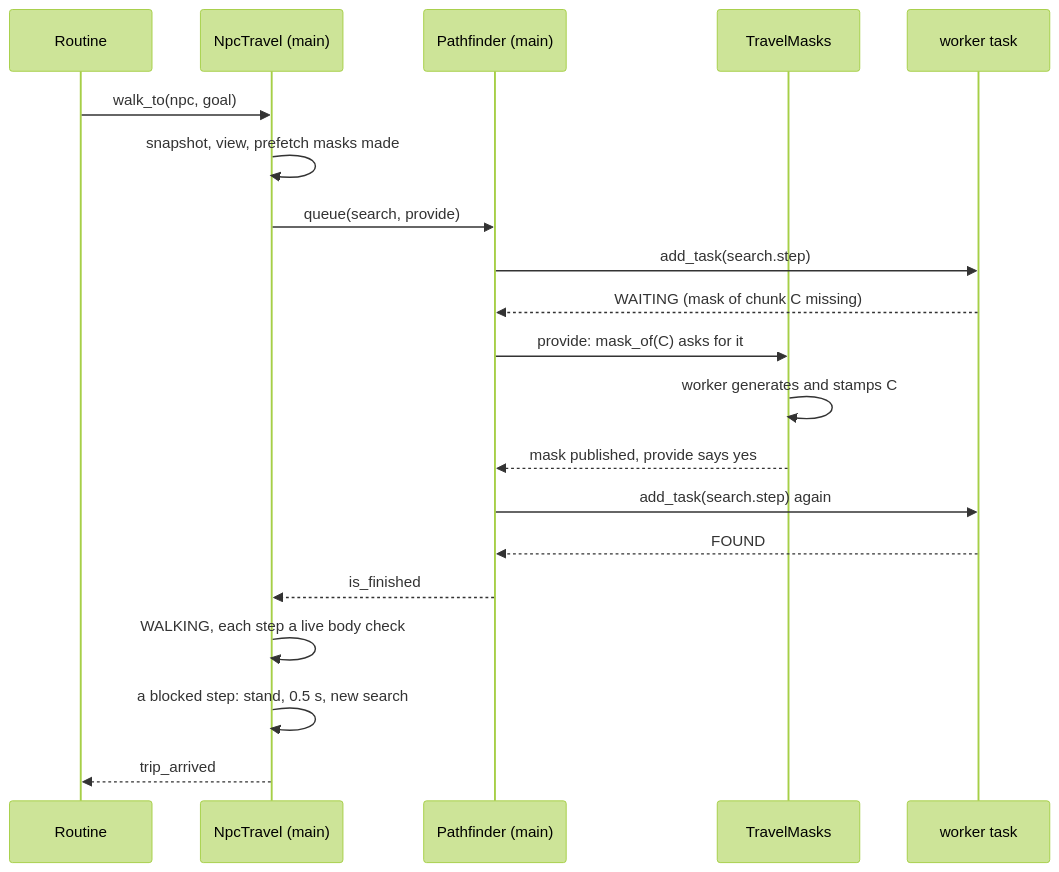
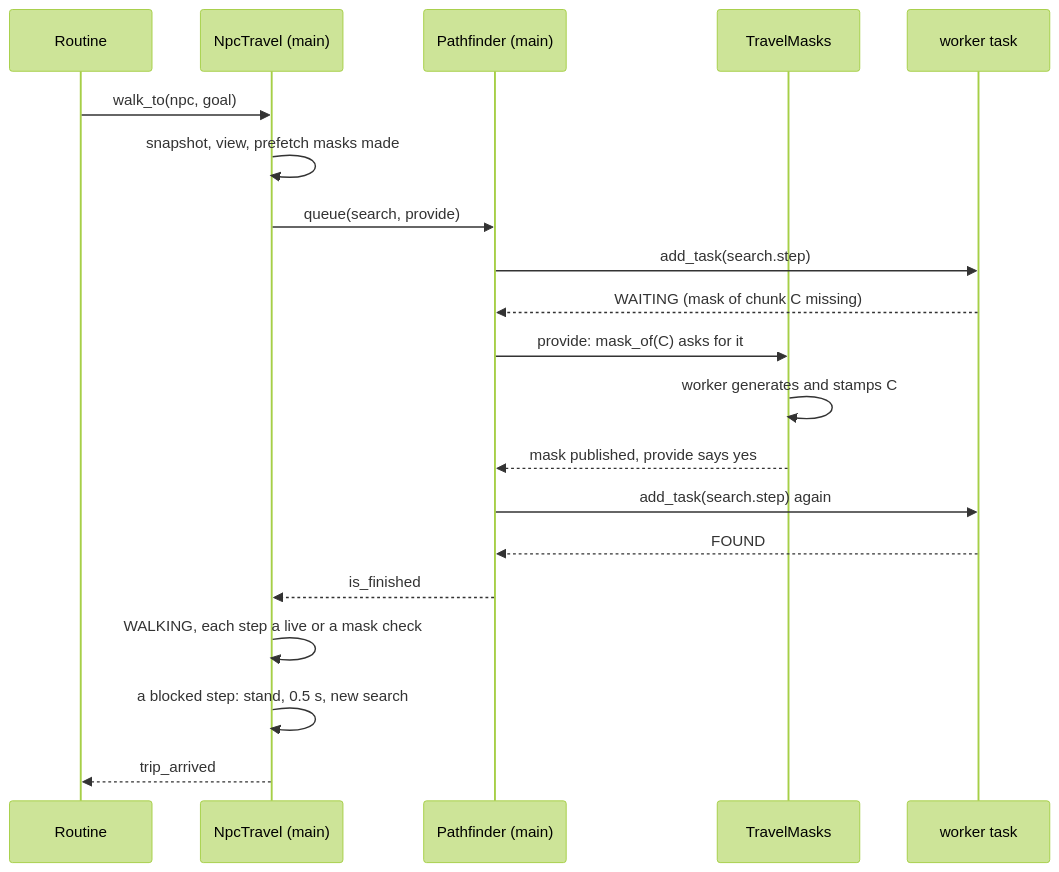
Before and after one commit to gentoomaniac/sandbox-game: the second of 2 diagrams in design/tech/pathfinding.md, drawn with Mermaid (forest theme). The commit also changed other lines of this file and 7 other files, not shown here.

````diff
--- a/design/tech/pathfinding.md
+++ b/design/tech/pathfinding.md
@@ -176,22 +196,22 @@
 ```mermaid
 sequenceDiagram
     participant R as Routine
     participant NT as NpcTravel (main)
     participant PF as Pathfinder (main)
     participant MS as TravelMasks
     participant W as worker task
     R->>NT: walk_to(npc, goal)
     NT->>NT: snapshot, view, prefetch masks made
     NT->>PF: queue(search, provide)
     PF->>W: add_task(search.step)
     W-->>PF: WAITING (mask of chunk C missing)
     PF->>MS: provide: mask_of(C) asks for it
     MS->>MS: worker generates and stamps C
     MS-->>PF: mask published, provide says yes
     PF->>W: add_task(search.step) again
     W-->>PF: FOUND
     PF-->>NT: is_finished
-    NT->>NT: WALKING, each step a live body check
+    NT->>NT: WALKING, each step a live or a mask check
     NT->>NT: a blocked step: stand, 0.5 s, new search
     NT-->>R: trip_arrived
 ```
````
